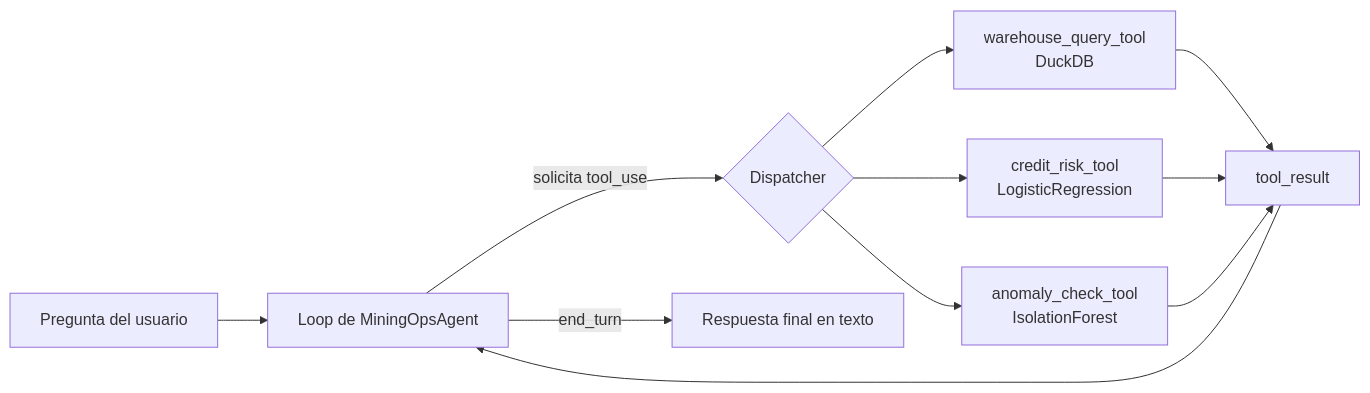
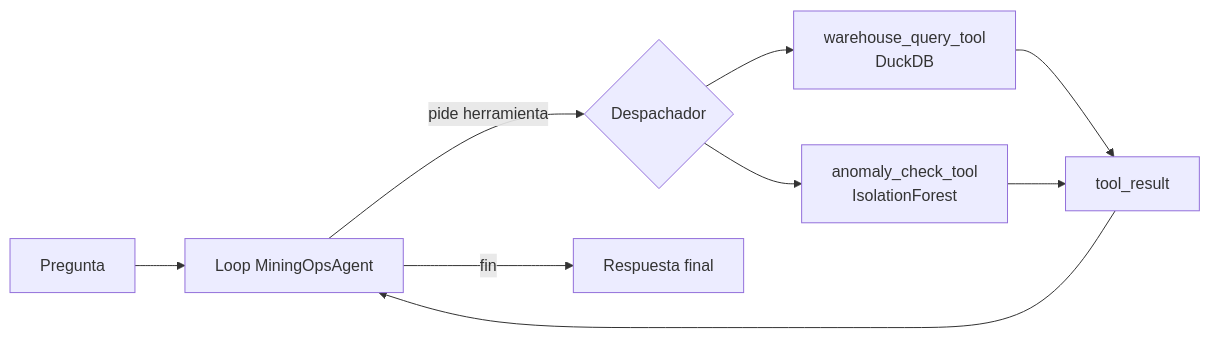
The diagram in README.es.md (Rxyxs/chile-mining-ops-agent), drawn with Mermaid before and after one commit. The commit also changed other lines of this file and 39 other files, not shown here.

First line of the commit message:
Move the ops agent to real data and measure it with a local model

````diff
--- a/README.es.md
+++ b/README.es.md
@@ -17,13 +23,11 @@
 ```mermaid
 flowchart LR
-    U[Pregunta del usuario] --> A[Loop de MiningOpsAgent]
-    A -->|solicita tool_use| D{Dispatcher}
+    U[Pregunta] --> A[Loop MiningOpsAgent]
+    A -->|pide herramienta| D{Despachador}
     D --> T1[warehouse_query_tool<br/>DuckDB]
-    D --> T2[credit_risk_tool<br/>LogisticRegression]
-    D --> T3[anomaly_check_tool<br/>IsolationForest]
+    D --> T2[anomaly_check_tool<br/>IsolationForest]
     T1 --> R[tool_result]
     T2 --> R
-    T3 --> R
     R --> A
-    A -->|end_turn| F[Respuesta final en texto]
+    A -->|fin| F[Respuesta final]
 ```
````
